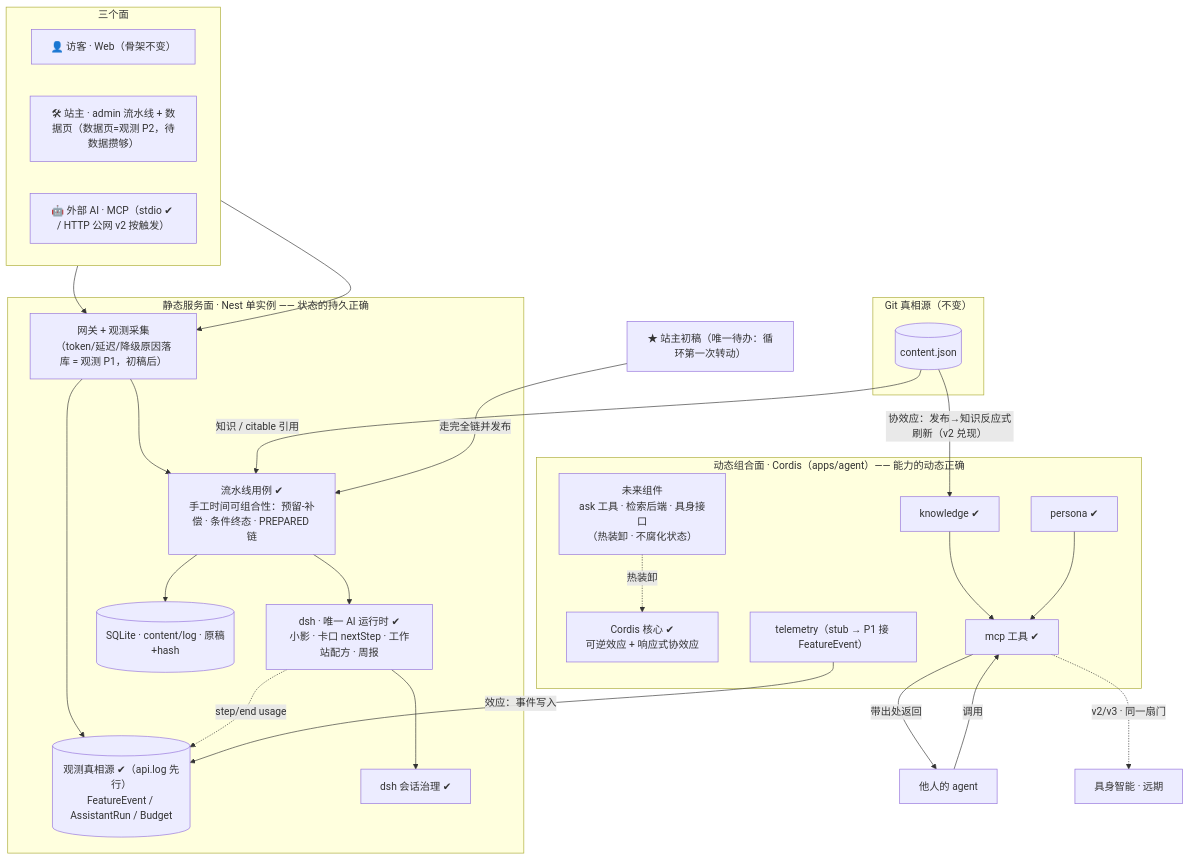
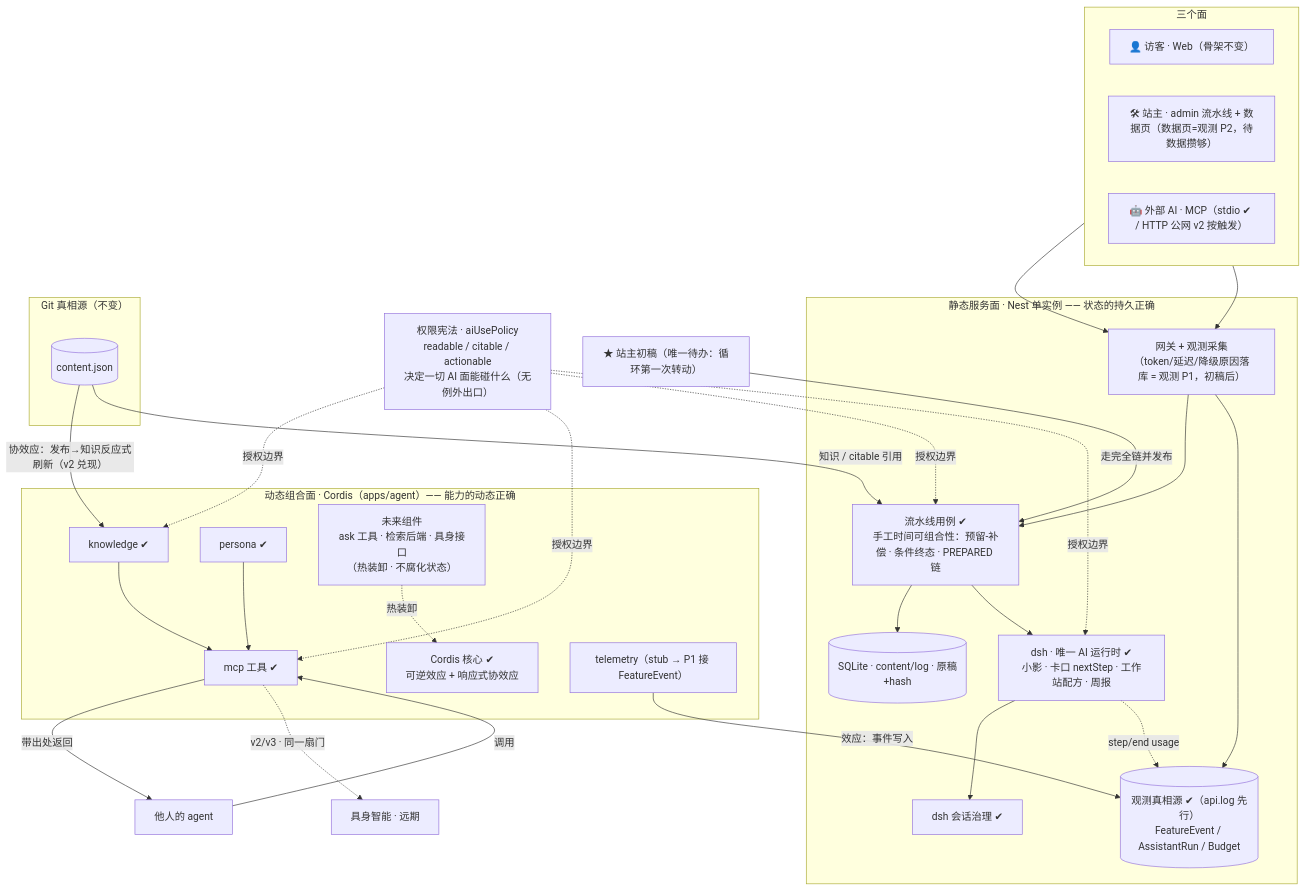
Before and after one commit to AdgaiWalker/AdgaiWalker: the third of 4 diagrams in docs/ARCHITECTURE.md, drawn with Mermaid. The commit also changed other lines of this file and 252 other files, not shown here.

````diff
--- a/docs/ARCHITECTURE.md
+++ b/docs/ARCHITECTURE.md
@@ -67,49 +88,53 @@
 ```mermaid
 flowchart TB
     subgraph faces["三个面"]
         direction LR
         F_WEB["👤 访客 · Web（骨架不变）"]
         F_ADMIN["🛠 站主 · admin 流水线 + 数据页（数据页=观测 P2，待数据攒够）"]
         F_MCP["🤖 外部 AI · MCP（stdio ✔ / HTTP 公网 v2 按触发）"]
     end
+
+    PERM["权限宪法 · aiUsePolicy<br/>readable / citable / actionable<br/>决定一切 AI 面能碰什么（无例外出口）"]
 
     subgraph static["静态服务面 · Nest 单实例 —— 状态的持久正确"]
         GATE2["网关 + 观测采集<br/>（token/延迟/降级原因落库 = 观测 P1，初稿后）"]
         PIPE["流水线用例 ✔<br/>手工时间可组合性：预留-补偿 · 条件终态 · PREPARED 链"]
         DSH2["dsh · 唯一 AI 运行时 ✔<br/>小影 · 卡口 nextStep · 工作站配方 · 周报"]
         OBS[("观测真相源 ✔（api.log 先行）<br/>FeatureEvent / AssistantRun / Budget")]
         GOV2["dsh 会话治理 ✔"]
         DB2[("SQLite · content/log · 原稿+hash")]
     end
 
     subgraph dynamic["动态组合面 · Cordis（apps/agent）—— 能力的动态正确"]
         CORE["Cordis 核心 ✔<br/>可逆效应 + 响应式协效应"]
         KP["knowledge ✔"]
         PP["persona ✔"]
         MP["mcp 工具 ✔"]
         TP["telemetry（stub → P1 接 FeatureEvent）"]
         FUT["未来组件<br/>ask 工具 · 检索后端 · 具身接口<br/>（热装卸 · 不腐化状态）"]
     end
 
     EXT2["他人的 agent"]
     subgraph git2["Git 真相源（不变）"]
         CJ2[("content.json")]
     end
     FAR["具身智能 · 远期"]
     DRAFT["★ 站主初稿（唯一待办：循环第一次转动）"]
 
     F_WEB & F_ADMIN --> GATE2
     GATE2 --> PIPE --> DB2
     PIPE --> DSH2 --> GOV2
     GATE2 --> OBS
     DSH2 -. "step/end usage" .-> OBS
     CJ2 -->|"协效应：发布→知识反应式刷新（v2 兑现）"| KP
     KP & PP --> MP
     EXT2 -->|"调用"| MP
     MP -->|"带出处返回"| EXT2
     TP -->|"效应：事件写入"| OBS
     FUT -.->|"热装卸"| CORE
     CJ2 -->|"知识 / citable 引用"| PIPE
     DRAFT -->|"走完全链并发布"| PIPE
     MP -. "v2/v3 · 同一扇门" .-> FAR
+    PERM -. "授权边界" .-> PIPE & DSH2
+    PERM -. "授权边界" .-> KP & MP
 ```
````
